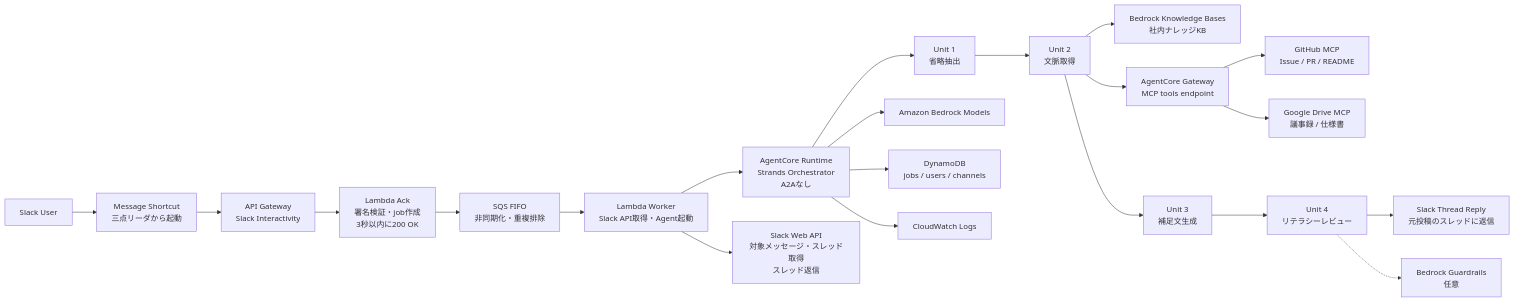
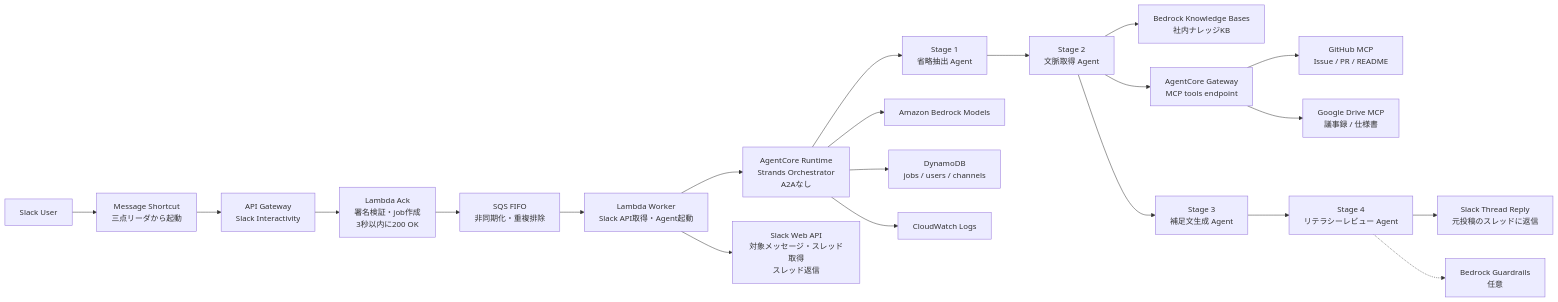
Before and after one commit to taku-arsenal/context-butler: the second of 2 diagrams in README.md, drawn with Mermaid. The commit also changed other lines of this file and 17 other files, not shown here.

Commit message:
Add Diagram MCP architecture and AI-DLC prompt

````diff
--- a/README.md
+++ b/README.md
@@ -119,26 +128,26 @@
 ```mermaid
 flowchart LR
   U[Slack User] --> MSG[Message Shortcut\n三点リーダから起動]
   MSG --> APIGW[API Gateway\nSlack Interactivity]
   APIGW --> ACK[Lambda Ack\n署名検証・job作成\n3秒以内に200 OK]
   ACK --> SQS[SQS FIFO\n非同期化・重複排除]
   SQS --> WORKER[Lambda Worker\nSlack API取得・Agent起動]
 
   WORKER --> ORCH[AgentCore Runtime\nStrands Orchestrator\nA2Aなし]
   WORKER --> SLACK[Slack Web API\n対象メッセージ・スレッド取得\nスレッド返信]
 
-  ORCH --> A1[Unit 1\n省略抽出]
-  A1 --> A2[Unit 2\n文脈取得]
+  ORCH --> A1[Stage 1\n省略抽出 Agent]
+  A1 --> A2[Stage 2\n文脈取得 Agent]
   A2 --> KB[Bedrock Knowledge Bases\n社内ナレッジKB]
   A2 --> MCP[AgentCore Gateway\nMCP tools endpoint]
   MCP --> GH[GitHub MCP\nIssue / PR / README]
   MCP --> GD[Google Drive MCP\n議事録 / 仕様書]
-  A2 --> A3[Unit 3\n補足文生成]
-  A3 --> A4[Unit 4\nリテラシーレビュー]
+  A2 --> A3[Stage 3\n補足文生成 Agent]
+  A3 --> A4[Stage 4\nリテラシーレビュー Agent]
   A4 --> POST[Slack Thread Reply\n元投稿のスレッドに返信]
 
   ORCH --> BEDROCK[Amazon Bedrock Models]
   ORCH --> DDB[DynamoDB\njobs / users / channels]
   ORCH --> CW[CloudWatch Logs]
   A4 -.-> GR[Bedrock Guardrails\n任意]
 ```
````
